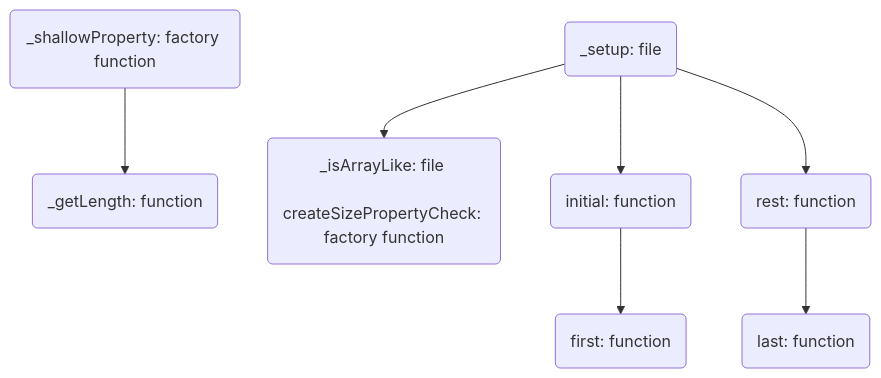
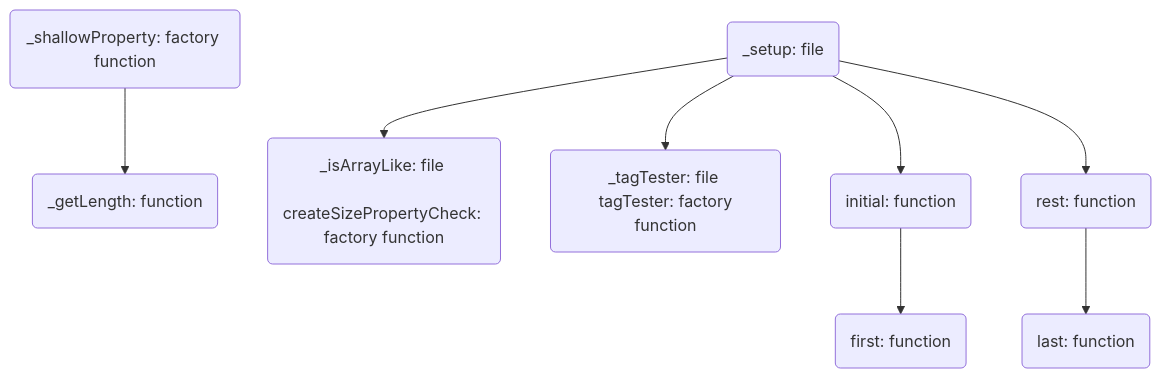
One commit to AshGreyG/To-Realize-Underscore changed the diagram in doc/dependencies.mmd. Above: the diagram before and after it, drawn with Mermaid. The commit also changed 1 other file, not shown here.

Commit message:
:sparkles: add `_tagTester` function, an internal type checker factory function

```diff
--- a/doc/dependencies.mmd
+++ b/doc/dependencies.mmd
@@ -1,38 +1,41 @@
 flowchart TD
   %% Define nodes and their names
 
   %%% `_xxx` files
   _setup(_setup: file)
   _shallowProperty(_shallowProperty: factory function)
   _getLength(_getLength: function)
   _isArrayLike(_isArrayLike: file \n createSizePropertyCheck: factory function)
+  _tagTester(_tagTester: file \n tagTester: factory function)
 
   %%% Array functions
 
   initial(initial: function)
   first(first: function)
   rest(rest: function)
   last(last: function)
 
   %% Hyperlink settings
 
   %%% `_xxx` files
 
   click _setup "https://github.com/AshGreyG/To-Realize-Underscore/blob/main/modules/_setup.js"
   click _shallowProperty "https://github.com/AshGreyG/To-Realize-Underscore/blob/main/modules/_shallowProperty.js"
   click _getLength "https://github.com/AshGreyG/To-Realize-Underscore/blob/main/modules/_getLength.js"
   click _isArrayLike "https://github.com/AshGreyG/To-Realize-Underscore/blob/main/modules/_isArrayLike.js"
+  click _tagTester "https://github.com/AshGreyG/To-Realize-Underscore/blob/main/modules/_tagTester.js"
 
   click initial "https://github.com/AshGreyG/To-Realize-Underscore/blob/main/modules/initial.js"
   click first "https://github.com/AshGreyG/To-Realize-Underscore/blob/main/modules/first.js"
   click rest "https://github.com/AshGreyG/To-Realize-Underscore/blob/main/modules/rest.js"
   click last "https://github.com/AshGreyG/To-Realize-Underscore/blob/main/modules/last.js"
 
   %% Edge settings
 
   _setup --> initial
   _setup --> rest
   _setup --> _isArrayLike
+  _setup --> _tagTester
   _shallowProperty --> _getLength
   initial --> first
   rest --> last
```
